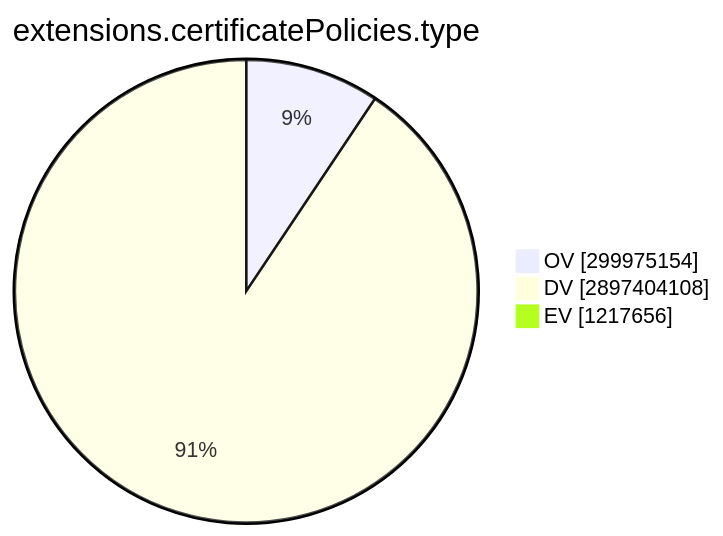
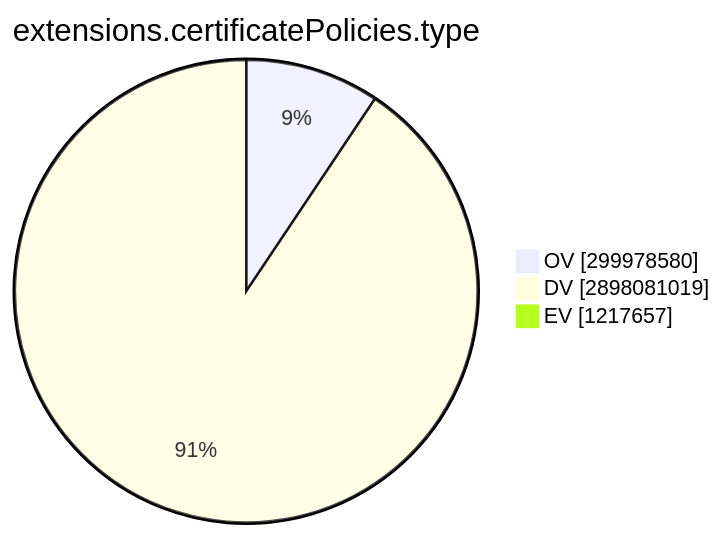
One commit to christiankrug/ctmonitor_visualization changed the ninth of 15 diagrams in TOTAL/README.md. Above: the diagram before and after it, drawn with Mermaid. The commit also changed other lines of this file, not shown here.

````diff
--- a/TOTAL/README.md
+++ b/TOTAL/README.md
@@ -3101,7 +3101,7 @@
 ```mermaid
 pie showData
 title extensions.certificatePolicies.type
-"OV" :299975154
-"DV" :2897404108
-"EV" :1217656
+"OV" :299978580
+"DV" :2898081019
+"EV" :1217657
 ```
````
